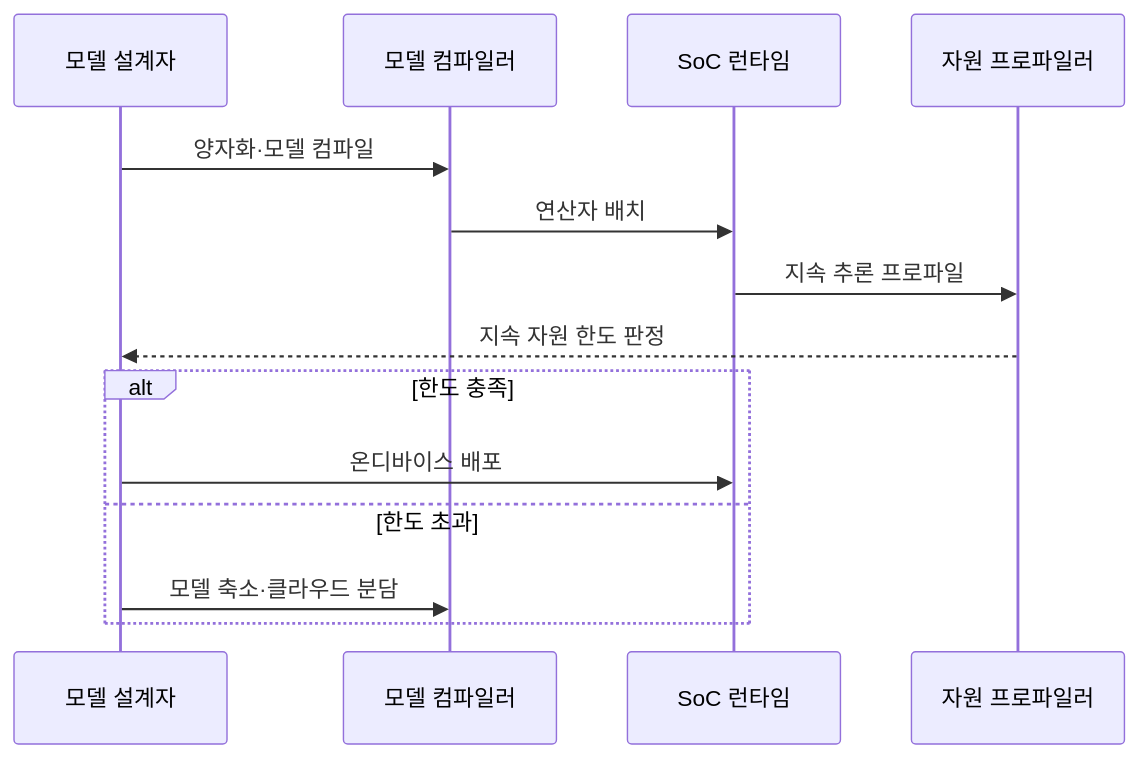
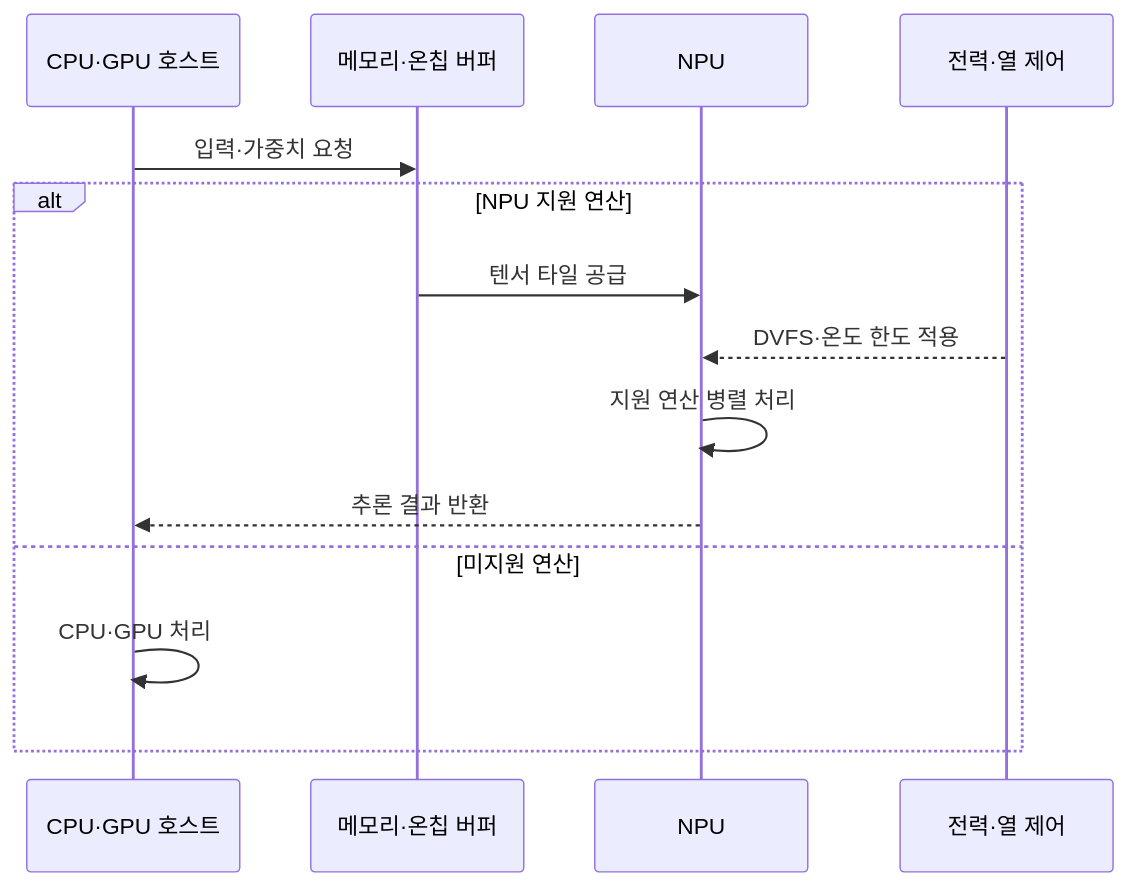
The third of 3 diagrams in src/content/docs/notes/02-hardware/084_soc_on_device_ai_chip.md (agnusdei1207/knowledge-base), drawn with Mermaid before and after one commit. The commit also changed other lines of this file and 17 other files, not shown here.

````diff
--- a/src/content/docs/notes/02-hardware/084_soc_on_device_ai_chip.md
+++ b/src/content/docs/notes/02-hardware/084_soc_on_device_ai_chip.md
@@ -105,16 +105,16 @@
 ```mermaid
 sequenceDiagram
-    participant D as 모델 설계자
-    participant C as 모델 컴파일러
-    participant R as SoC 런타임
-    participant P as 자원 프로파일러
-    D->>C: 양자화·모델 컴파일
-    C->>R: 연산자 배치
-    R->>P: 지속 추론 프로파일
-    P-->>D: 지속 자원 한도 판정
-    alt 한도 충족
-        D->>R: 온디바이스 배포
-    else 한도 초과
-        D->>C: 모델 축소·클라우드 분담
+    participant H as CPU·GPU 호스트
+    participant M as 메모리·온칩 버퍼
+    participant N as NPU
+    participant P as 전력·열 제어
+    H->>M: 입력·가중치 요청
+    alt NPU 지원 연산
+        M->>N: 텐서 타일 공급
+        P-->>N: DVFS·온도 한도 적용
+        N->>N: 지원 연산 병렬 처리
+        N-->>H: 추론 결과 반환
+    else 미지원 연산
+        H->>H: CPU·GPU 처리
     end
 ```
````
